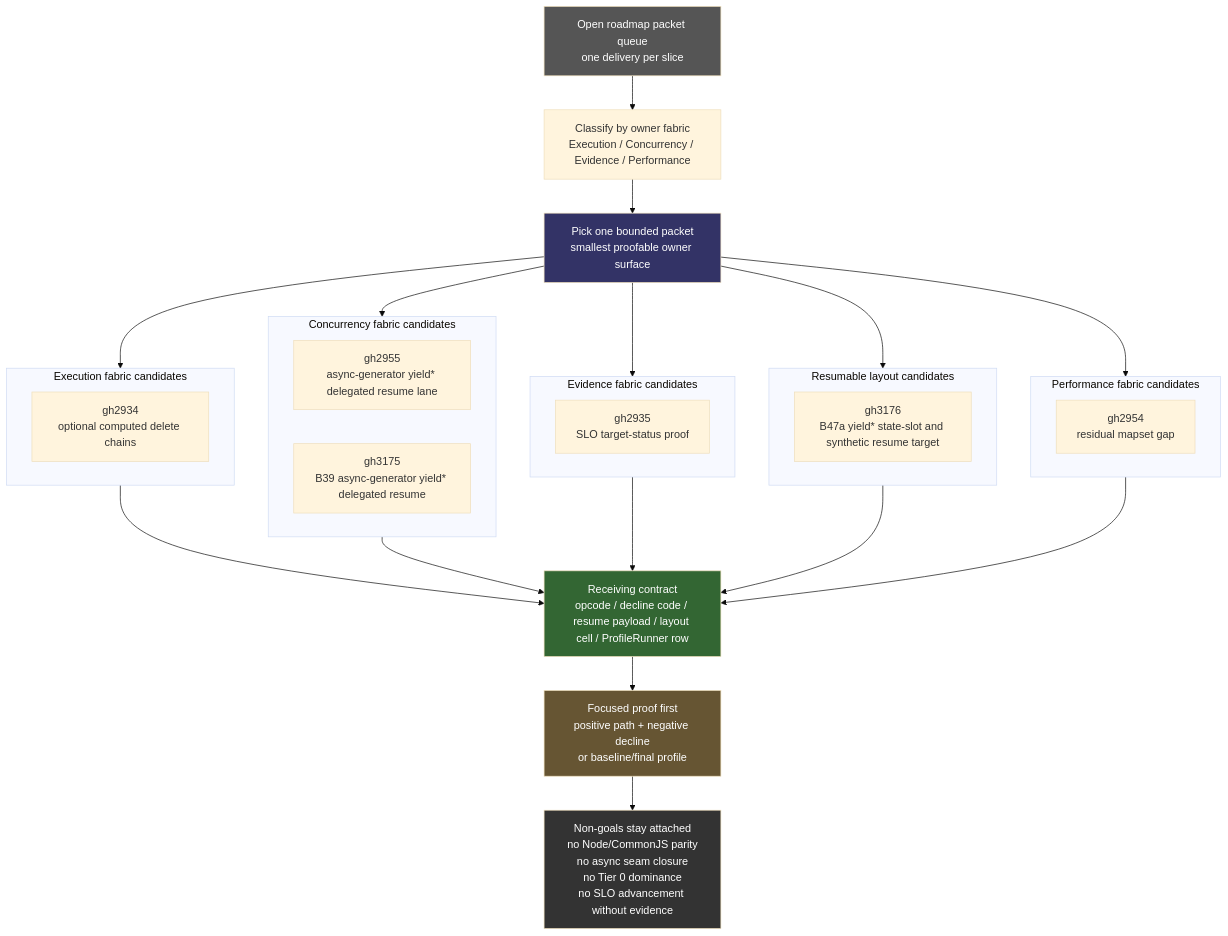
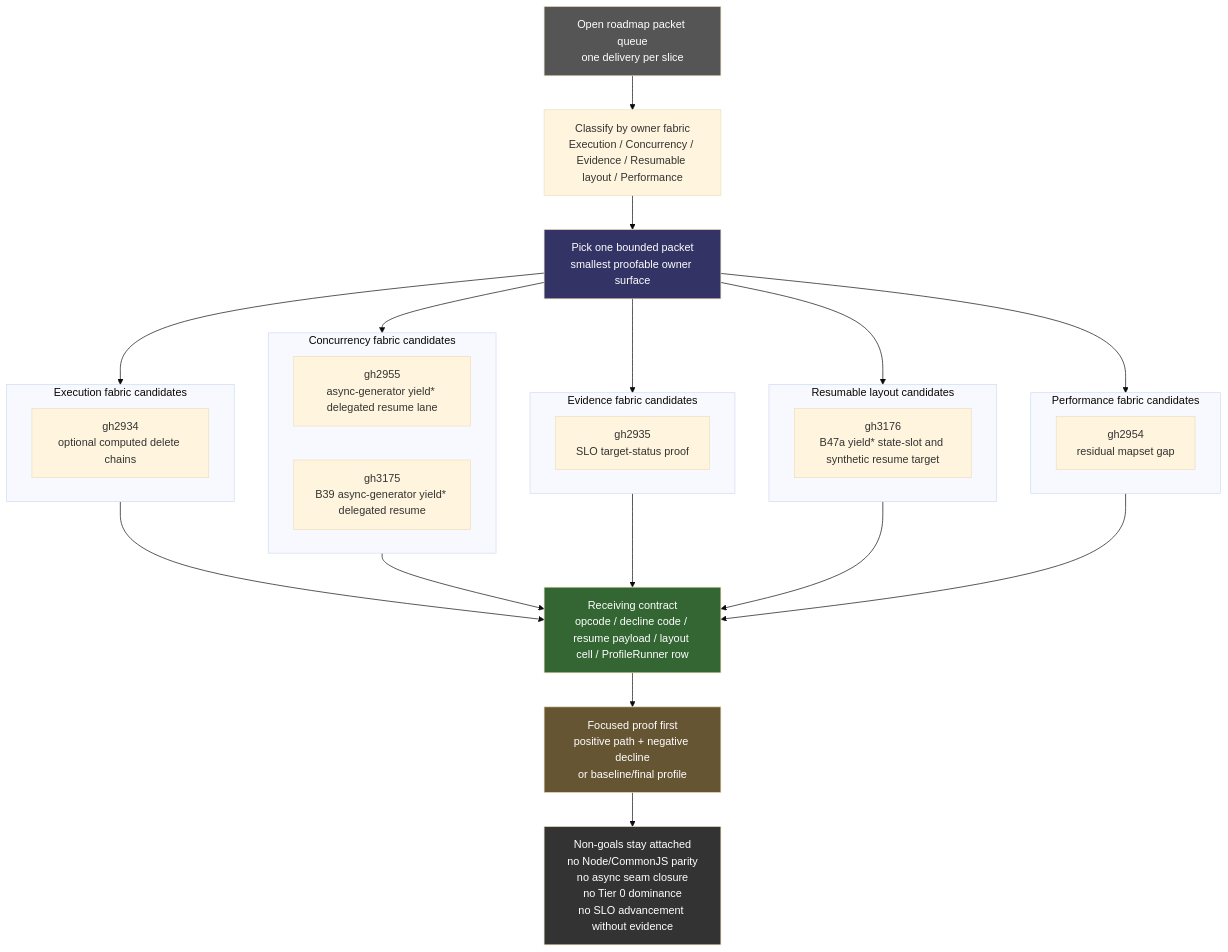
Before and after one commit to asynkron/Asynkron.JsEngine: diagram 35 of 37 in docs/dreaming.md, drawn with Mermaid (base theme).

Commit message:
docs: align dream packet selector classifier

````diff
--- a/docs/dreaming.md
+++ b/docs/dreaming.md
@@ -1343,50 +1343,50 @@
 ```mermaid
 flowchart TD
     QUEUE["Open roadmap packet queue\none delivery per slice"]
-    CLASSIFY["Classify by owner fabric\nExecution / Concurrency / Evidence / Performance"]
+    CLASSIFY["Classify by owner fabric\nExecution / Concurrency / Evidence / Resumable layout / Performance"]
     PICK["Pick one bounded packet\nsmallest proofable owner surface"]
 
     subgraph Execution["Execution fabric candidates"]
         G2934["gh2934\noptional computed delete chains"]
     end
 
     subgraph Concurrency["Concurrency fabric candidates"]
         G2955["gh2955\nasync-generator yield* delegated resume lane"]
         G3175["gh3175\nB39 async-generator yield* delegated resume"]
     end
 
     subgraph Evidence["Evidence fabric candidates"]
         G2935["gh2935\nSLO target-status proof"]
     end
 
     subgraph Layout["Resumable layout candidates"]
         G3176["gh3176\nB47a yield* state-slot and synthetic resume target"]
     end
 
     subgraph Perf["Performance fabric candidates"]
         G2954["gh2954\nresidual mapset gap"]
     end
 
     CONTRACT["Receiving contract\nopcode / decline code / resume payload / layout cell / ProfileRunner row"]
     PROOF["Focused proof first\npositive path + negative decline\nor baseline/final profile"]
     NONCLAIM["Non-goals stay attached\nno Node/CommonJS parity\nno async seam closure\nno Tier 0 dominance\nno SLO advancement without evidence"]
 
     QUEUE --> CLASSIFY --> PICK
     PICK --> Execution
     PICK --> Concurrency
     PICK --> Evidence
     PICK --> Layout
     PICK --> Perf
     Execution --> CONTRACT
     Concurrency --> CONTRACT
     Evidence --> CONTRACT
     Layout --> CONTRACT
     Perf --> CONTRACT
     CONTRACT --> PROOF --> NONCLAIM
 
     style QUEUE fill:#555,color:#fff
     style PICK fill:#336,color:#fff
     style CONTRACT fill:#363,color:#fff
     style PROOF fill:#653,color:#fff
     style NONCLAIM fill:#333,color:#fff
 ```
````
